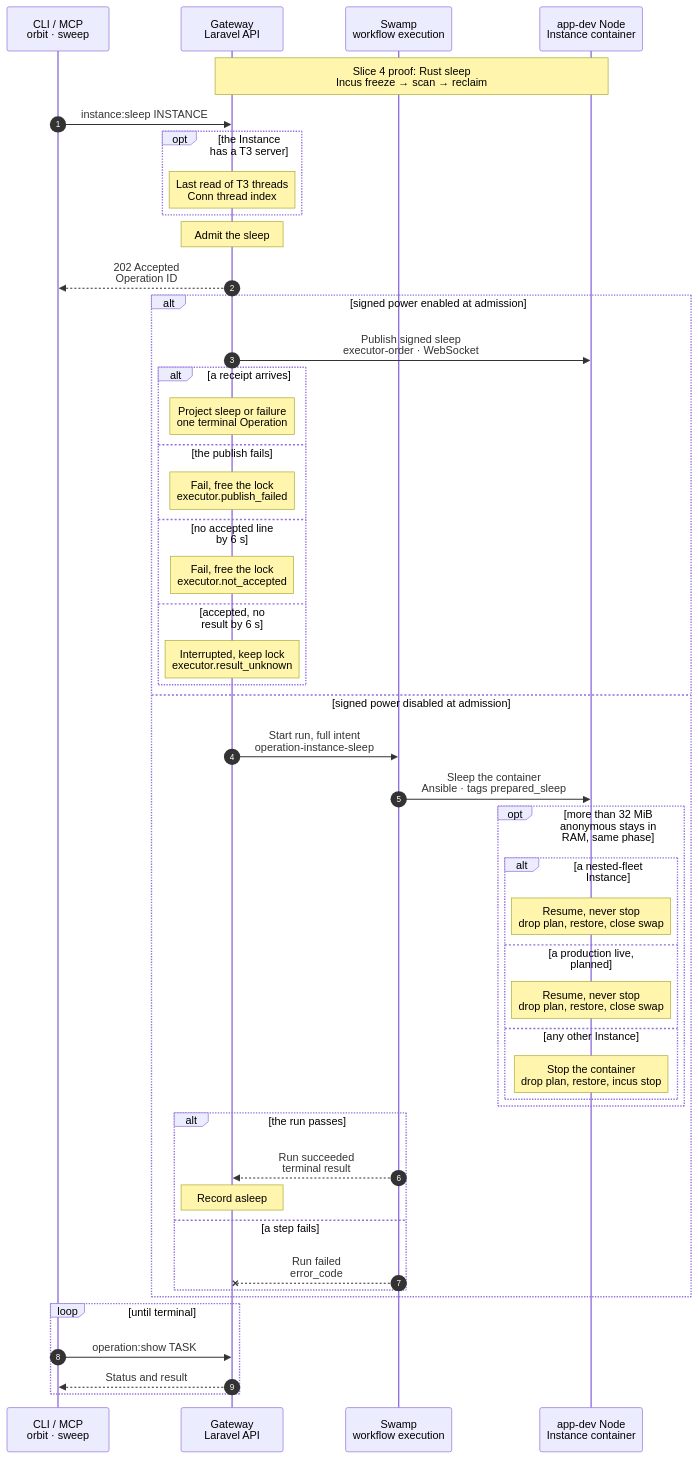
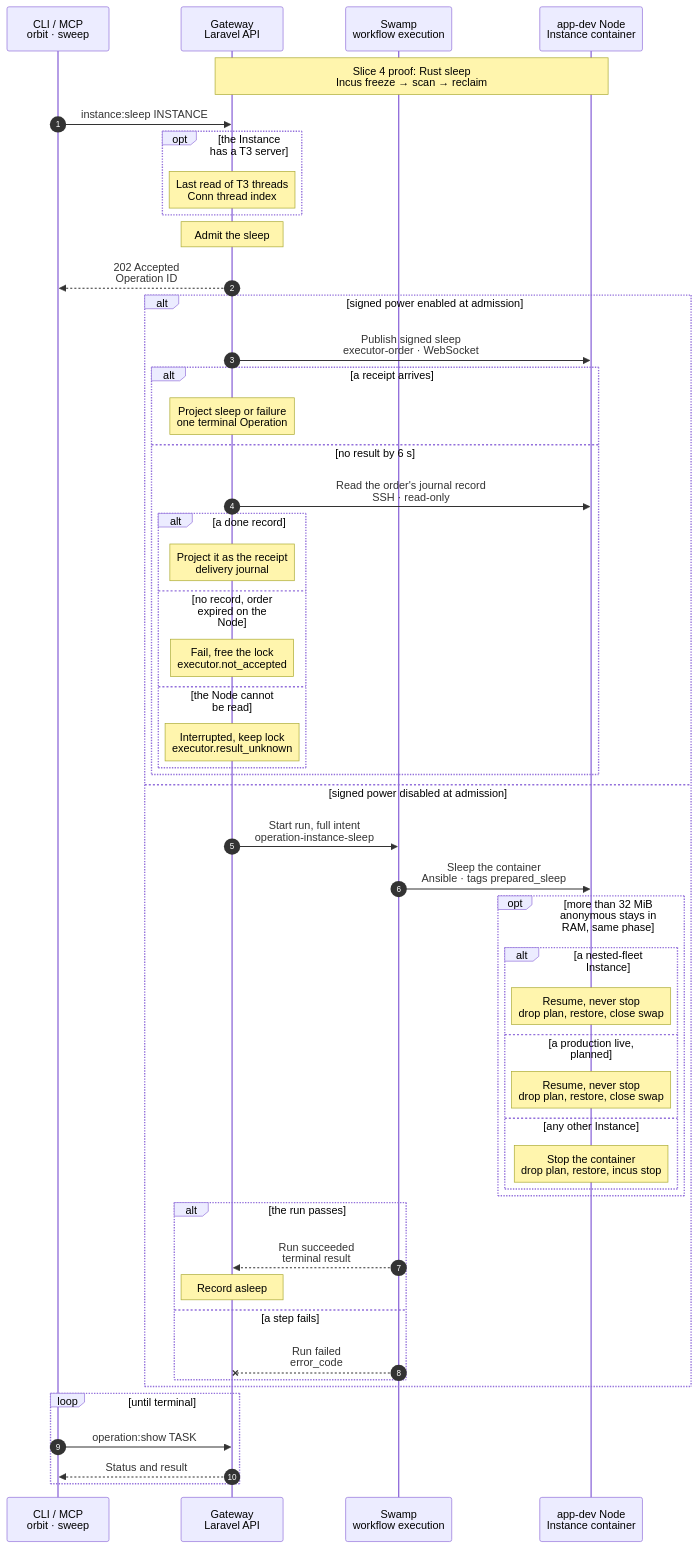
Before and after one commit to hardimpactdev/orbit: the diagram in docs/cli/instance/sleep.mmd, drawn with Mermaid. The commit also changed 12 other files, not shown here.

First line of the commit message:
Reconcile a signed sleep or wake with no result by reading the Node journal

```diff
--- a/docs/cli/instance/sleep.mmd
+++ b/docs/cli/instance/sleep.mmd
@@ -60,18 +60,23 @@
       %%> - R1: a recorded `done` receipt is the sleep's outcome even when a later transport fails; the Operation succeeds and records asleep
       %%> - R3: the freezing engine owns the freeze; a cancelled or failed later sleep does not hand it to the other engine
       %%> - More than 32 MiB of anonymous RAM after reclaim takes the same stop rule as Python for a plain container. Report `sleep: stopped`, `prepared_restore: skipped`, reason `stopped` and the residual counters. The CLI says the next wake boots without restoring memory.
-    else the publish fails
-      %% path: publish-failed
-      Note over GW: Fail, free the lock<br/>executor.publish_failed
-      %%> - No Node received the order; the Operation fails at once.
-    else no accepted line by 6 s
-      %% path: not-accepted
-      Note over GW: Fail, free the lock<br/>executor.not_accepted
-      %%> - The order expired 5 s after signing, so it can act on no Node; nothing holds the fence (R2).
-    else accepted, no result by 6 s
-      %% path: result-unknown
-      Note over GW: Interrupted, keep lock<br/>executor.result_unknown
-      %%> - R2: the executor may have frozen the container, so the Instance lock stays and cancel is refused until a late receipt settles the Operation.
+    else no result by 6 s
+      %% path: journal
+      GW->>N: Read the order's journal record<br/>SSH · read-only
+      %%> - covers a publish that threw, no `accepted` line and a lost result; none proves what the Node did, so the lock never goes on silence
+      %%> - the command prints the Node's clock and the journal lines for this Operation, action and target; it sends no order and cannot act
+      alt a done record
+        Note over GW: Project it as the receipt<br/>delivery journal
+        %%> - R1: the record is the sleep's outcome, success or failure, and the lock goes with it
+      else no record, order expired on the Node
+        %% path: not-accepted
+        Note over GW: Fail, free the lock<br/>executor.not_accepted
+        %%> - the Node never acted and never will; `executor.publish_failed` when the publish threw
+      else the Node cannot be read
+        %% path: result-unknown
+        Note over GW: Interrupted, keep lock<br/>executor.result_unknown
+        %%> - R2: the executor may have frozen the container, so the lock stays and cancel is refused; the Gateway reads the journal again every 10 s until a record or its absence settles it
+      end
     end
   else signed power disabled at admission
   GW->>SW: Start run, full intent<br/>operation-instance-sleep
```
